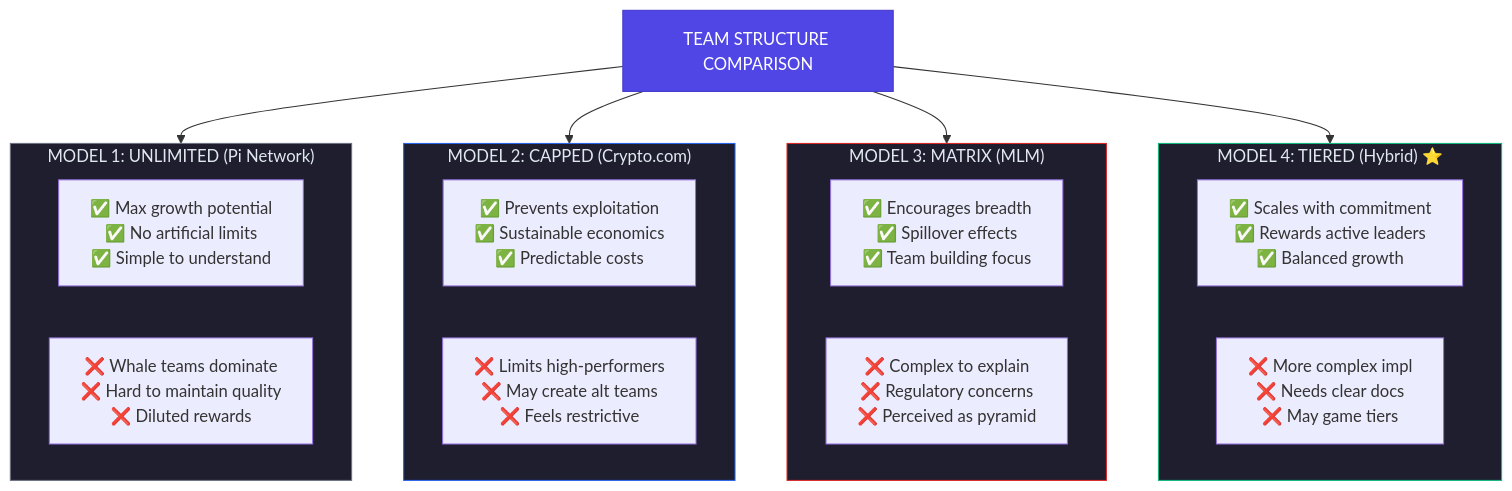
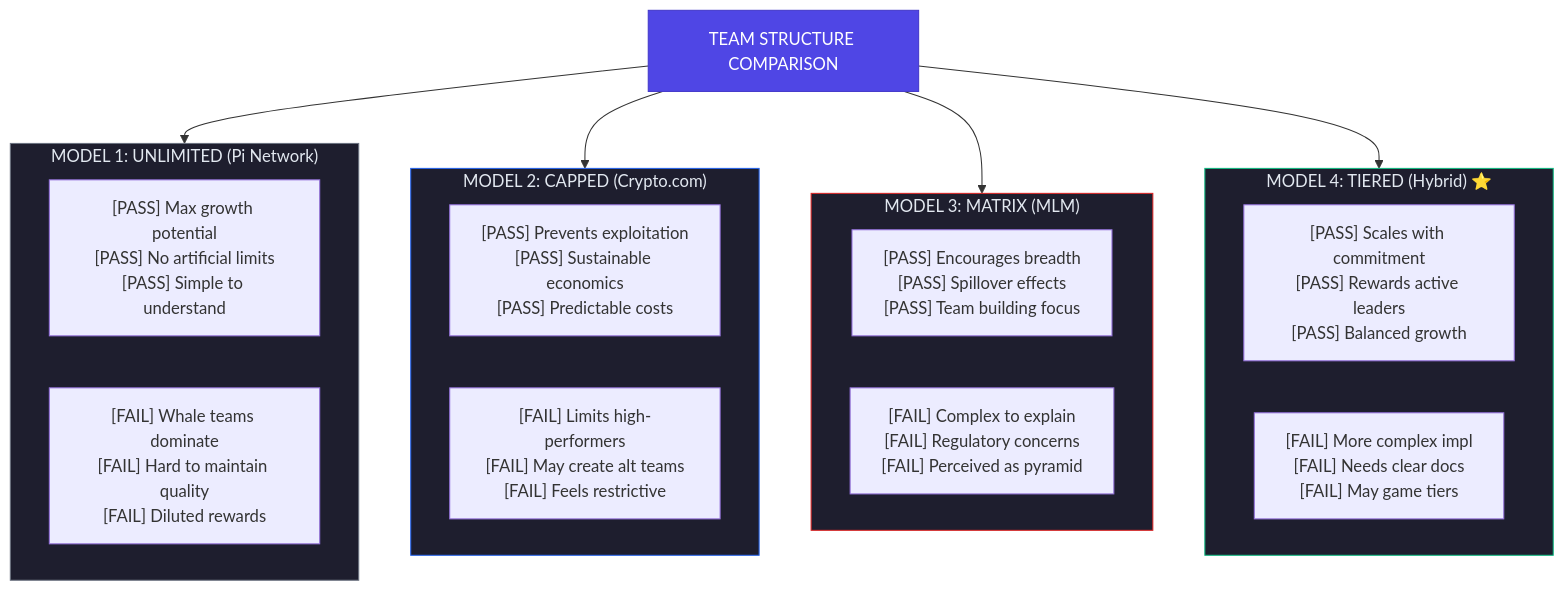
One commit to guglxni/the-fixer-hook changed the fifth of 11 diagrams in docs/MARKET_SENTIMENT_ANALYSIS.md. Above: the diagram before and after it, drawn with Mermaid. The commit also changed other lines of this file and 15 other files, not shown here.

````diff
--- a/docs/MARKET_SENTIMENT_ANALYSIS.md
+++ b/docs/MARKET_SENTIMENT_ANALYSIS.md
@@ -218,34 +218,34 @@
 ```mermaid
 flowchart TD
     COMP["TEAM STRUCTURE COMPARISON"]
     COMP --> M1
     COMP --> M2
     COMP --> M3
     COMP --> M4
 
     subgraph M1["MODEL 1: UNLIMITED (Pi Network)"]
-        M1P["✅ Max growth potential\n✅ No artificial limits\n✅ Simple to understand"]
-        M1C["❌ Whale teams dominate\n❌ Hard to maintain quality\n❌ Diluted rewards"]
+        M1P["[PASS] Max growth potential\n[PASS] No artificial limits\n[PASS] Simple to understand"]
+        M1C["[FAIL] Whale teams dominate\n[FAIL] Hard to maintain quality\n[FAIL] Diluted rewards"]
     end
 
     subgraph M2["MODEL 2: CAPPED (Crypto.com)"]
-        M2P["✅ Prevents exploitation\n✅ Sustainable economics\n✅ Predictable costs"]
-        M2C["❌ Limits high-performers\n❌ May create alt teams\n❌ Feels restrictive"]
+        M2P["[PASS] Prevents exploitation\n[PASS] Sustainable economics\n[PASS] Predictable costs"]
+        M2C["[FAIL] Limits high-performers\n[FAIL] May create alt teams\n[FAIL] Feels restrictive"]
     end
 
     subgraph M3["MODEL 3: MATRIX (MLM)"]
-        M3P["✅ Encourages breadth\n✅ Spillover effects\n✅ Team building focus"]
-        M3C["❌ Complex to explain\n❌ Regulatory concerns\n❌ Perceived as pyramid"]
+        M3P["[PASS] Encourages breadth\n[PASS] Spillover effects\n[PASS] Team building focus"]
+        M3C["[FAIL] Complex to explain\n[FAIL] Regulatory concerns\n[FAIL] Perceived as pyramid"]
     end
 
     subgraph M4["MODEL 4: TIERED (Hybrid) ⭐"]
-        M4P["✅ Scales with commitment\n✅ Rewards active leaders\n✅ Balanced growth"]
-        M4C["❌ More complex impl\n❌ Needs clear docs\n❌ May game tiers"]
+        M4P["[PASS] Scales with commitment\n[PASS] Rewards active leaders\n[PASS] Balanced growth"]
+        M4C["[FAIL] More complex impl\n[FAIL] Needs clear docs\n[FAIL] May game tiers"]
     end
 
     style COMP fill:#4F46E5,color:#FFFFFF,stroke:#4338CA
     style M1 fill:#1E1E2E,color:#E2E8F0,stroke:#6B7280
     style M2 fill:#1E1E2E,color:#E2E8F0,stroke:#2563EB
     style M3 fill:#1E1E2E,color:#E2E8F0,stroke:#DC2626
     style M4 fill:#1E1E2E,color:#E2E8F0,stroke:#10B981
 ```
````
